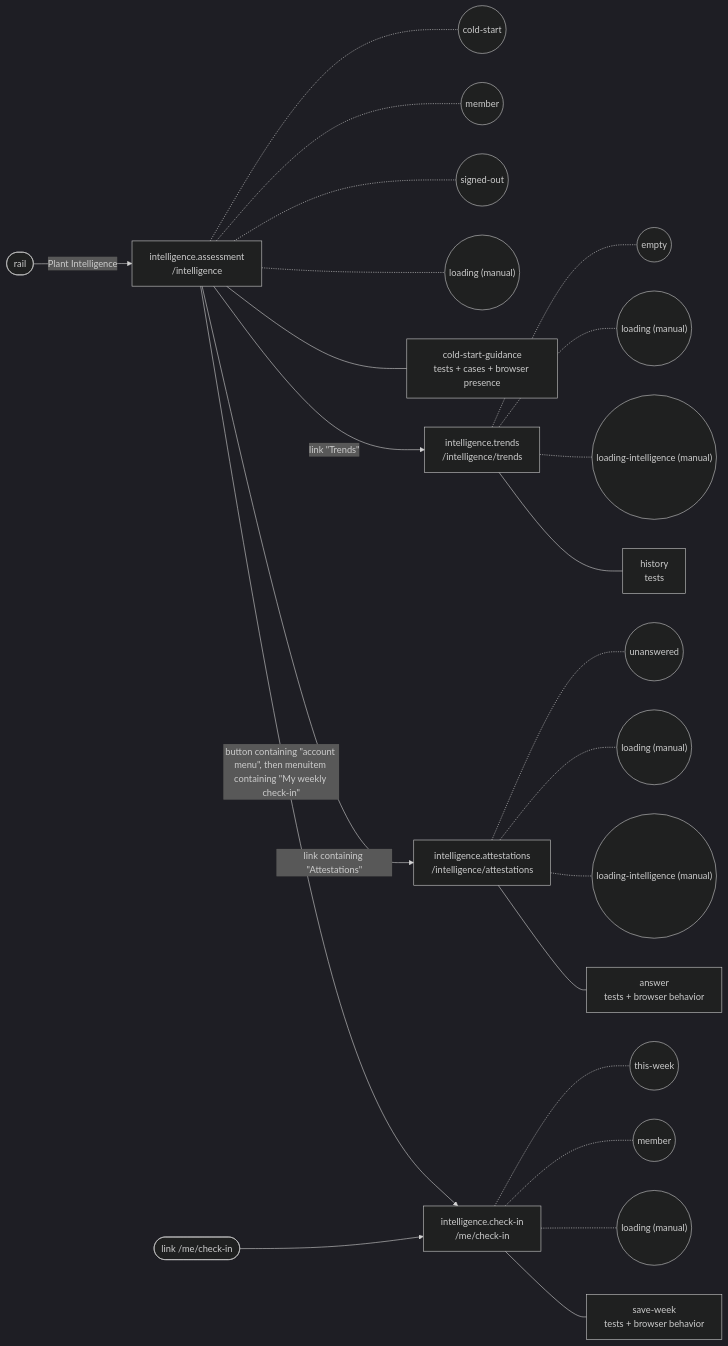
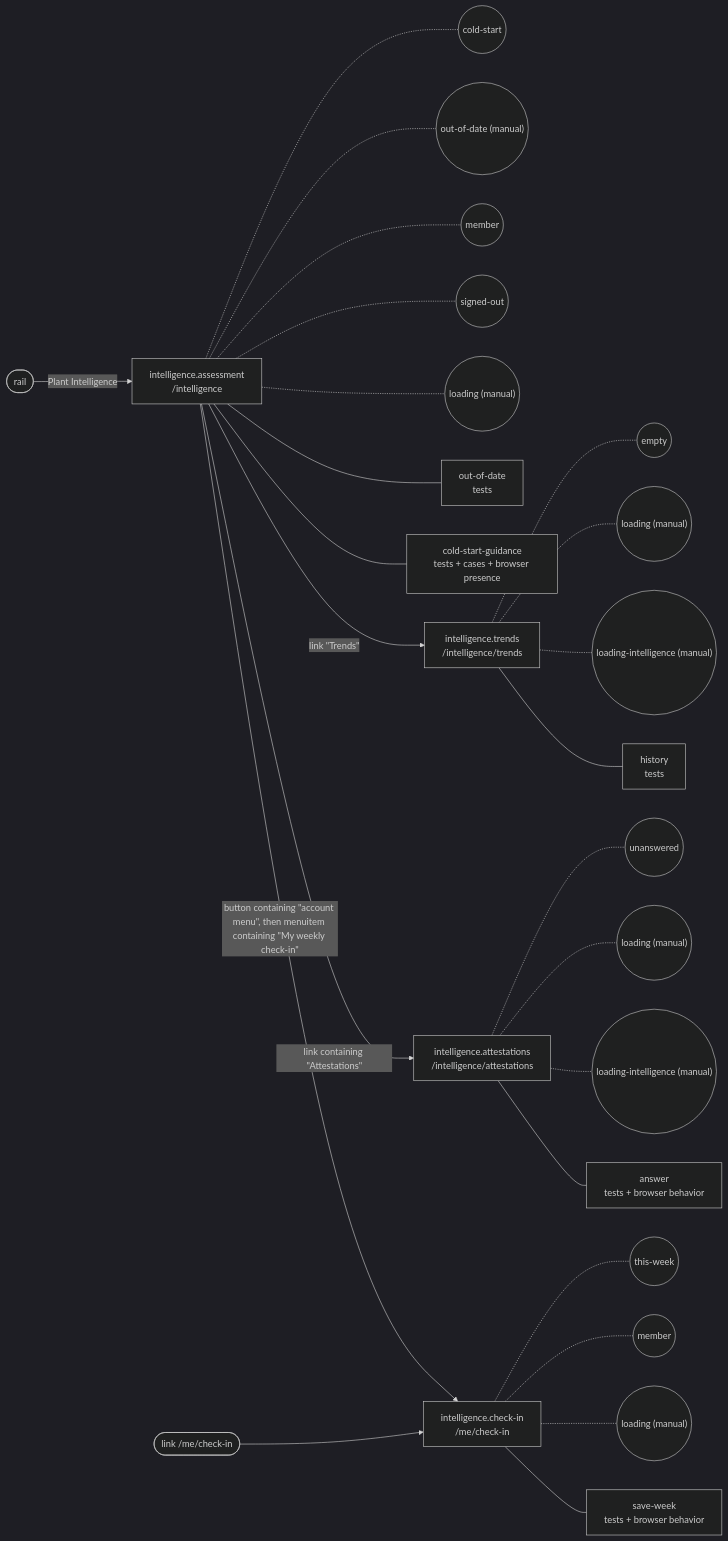
One commit to SebastianGarces/everyfield changed the diagram in docs/feature-maps/intelligence.md. Above: the diagram before and after it, drawn with Mermaid (dark theme). The commit also changed other lines of this file and 34 other files, not shown here.

````diff
--- a/docs/feature-maps/intelligence.md
+++ b/docs/feature-maps/intelligence.md
@@ -6,31 +6,33 @@
 ```mermaid
 flowchart LR
   rail(["rail"])
   s3_link1(["link /me/check-in"])
   s0["intelligence.assessment<br/>/intelligence"]
   rail -- "Plant Intelligence" --> s0
   s0 -.- s0_st0(("cold-start"))
-  s0 -.- s0_st1(("member"))
-  s0 -.- s0_st2(("signed-out"))
-  s0 -.- s0_st3(("loading (manual)"))
-  s0 --- s0_b0["cold-start-guidance<br/>tests + cases + browser presence"]
+  s0 -.- s0_st1(("out-of-date (manual)"))
+  s0 -.- s0_st2(("member"))
+  s0 -.- s0_st3(("signed-out"))
+  s0 -.- s0_st4(("loading (manual)"))
+  s0 --- s0_b0["out-of-date<br/>tests"]
+  s0 --- s0_b1["cold-start-guidance<br/>tests + cases + browser presence"]
   s1["intelligence.trends<br/>/intelligence/trends"]
   s0 -- "link #quot;Trends#quot;" --> s1
   s1 -.- s1_st0(("empty"))
   s1 -.- s1_st1(("loading (manual)"))
   s1 -.- s1_st2(("loading-intelligence (manual)"))
   s1 --- s1_b0["history<br/>tests"]
   s2["intelligence.attestations<br/>/intelligence/attestations"]
   s0 -- "link containing #quot;Attestations#quot;" --> s2
   s2 -.- s2_st0(("unanswered"))
   s2 -.- s2_st1(("loading (manual)"))
   s2 -.- s2_st2(("loading-intelligence (manual)"))
   s2 --- s2_b0["answer<br/>tests + browser behavior"]
   s3["intelligence.check-in<br/>/me/check-in"]
   s0 -- "button containing #quot;account menu#quot;, then menuitem containing #quot;My weekly check-in#quot;" --> s3
   s3_link1 --> s3
   s3 -.- s3_st0(("this-week"))
   s3 -.- s3_st1(("member"))
   s3 -.- s3_st2(("loading (manual)"))
   s3 --- s3_b0["save-week<br/>tests + browser behavior"]
 ```
````
